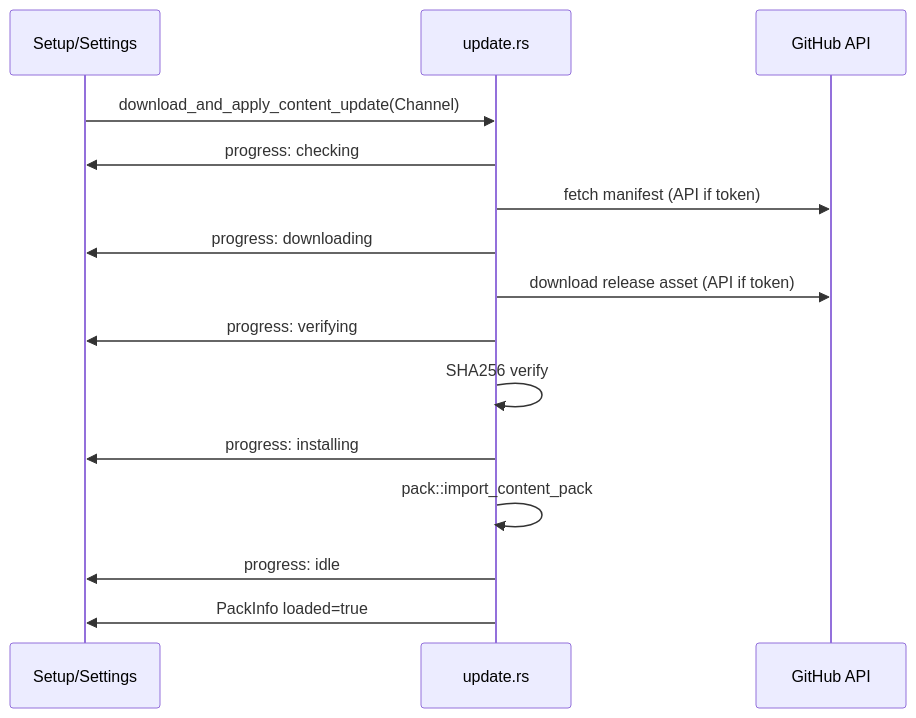
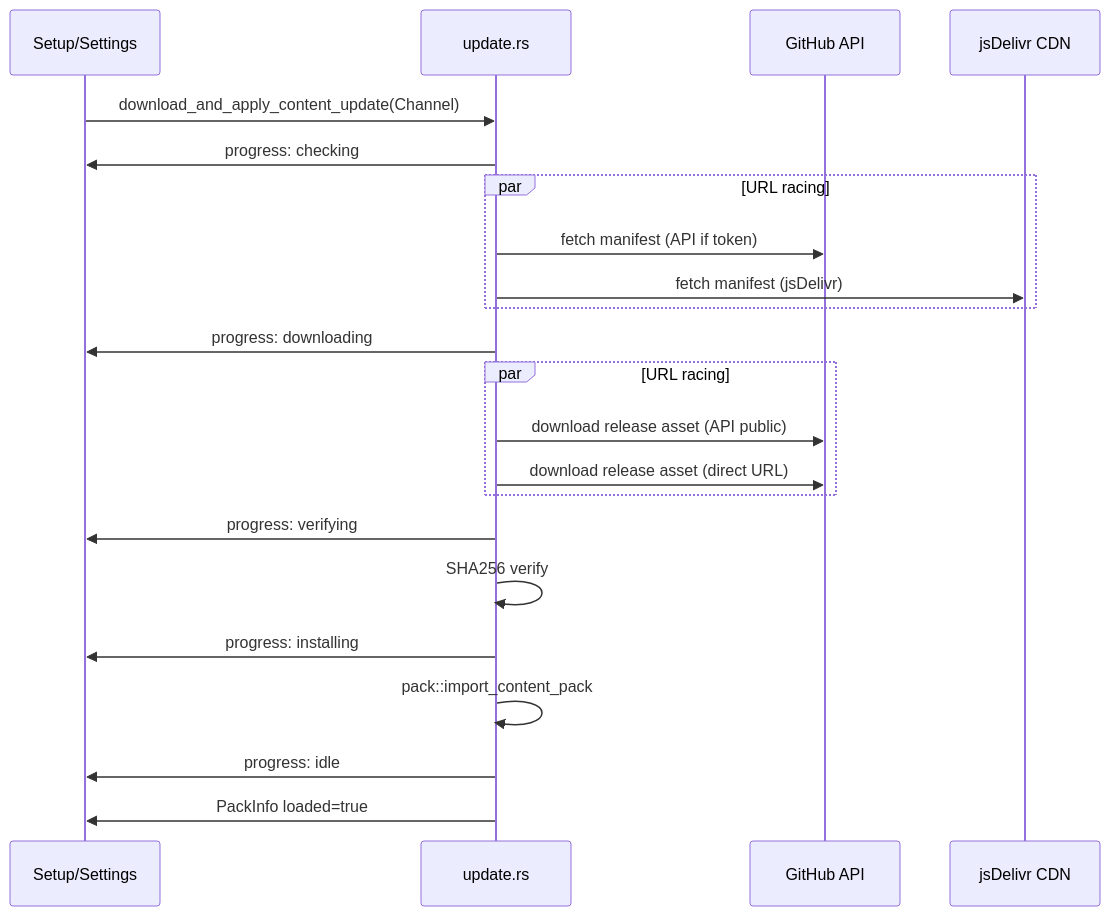
One commit to MoonMaxTea/Accounting-Copilot changed the third of 3 diagrams in docs/ARCHITECTURE.md. Above: the diagram before and after it, drawn with Mermaid. The commit also changed other lines of this file and 76 other files, not shown here.

````diff
--- a/docs/ARCHITECTURE.md
+++ b/docs/ARCHITECTURE.md
@@ -70,18 +70,25 @@
 ```mermaid
 sequenceDiagram
   participant UI as Setup/Settings
   participant Rust as update.rs
   participant GH as GitHub API
+  participant CDN as jsDelivr CDN
 
   UI->>Rust: download_and_apply_content_update(Channel)
   Rust->>UI: progress: checking
-  Rust->>GH: fetch manifest (API if token)
+  par URL racing
+    Rust->>GH: fetch manifest (API if token)
+    Rust->>CDN: fetch manifest (jsDelivr)
+  end
   Rust->>UI: progress: downloading
-  Rust->>GH: download release asset (API if token)
+  par URL racing
+    Rust->>GH: download release asset (API public)
+    Rust->>GH: download release asset (direct URL)
+  end
   Rust->>UI: progress: verifying
   Rust->>Rust: SHA256 verify
   Rust->>UI: progress: installing
   Rust->>Rust: pack::import_content_pack
   Rust->>UI: progress: idle
   Rust->>UI: PackInfo loaded=true
 ```
````
